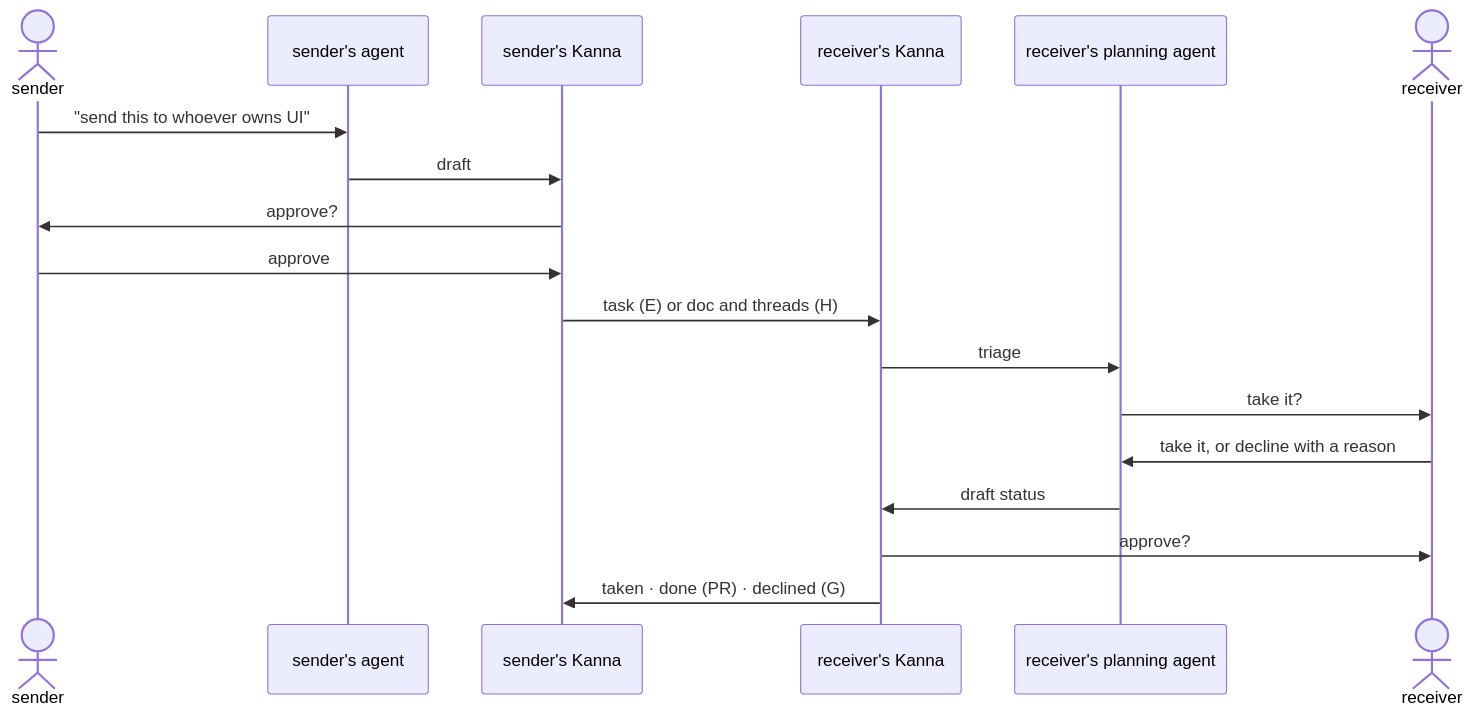
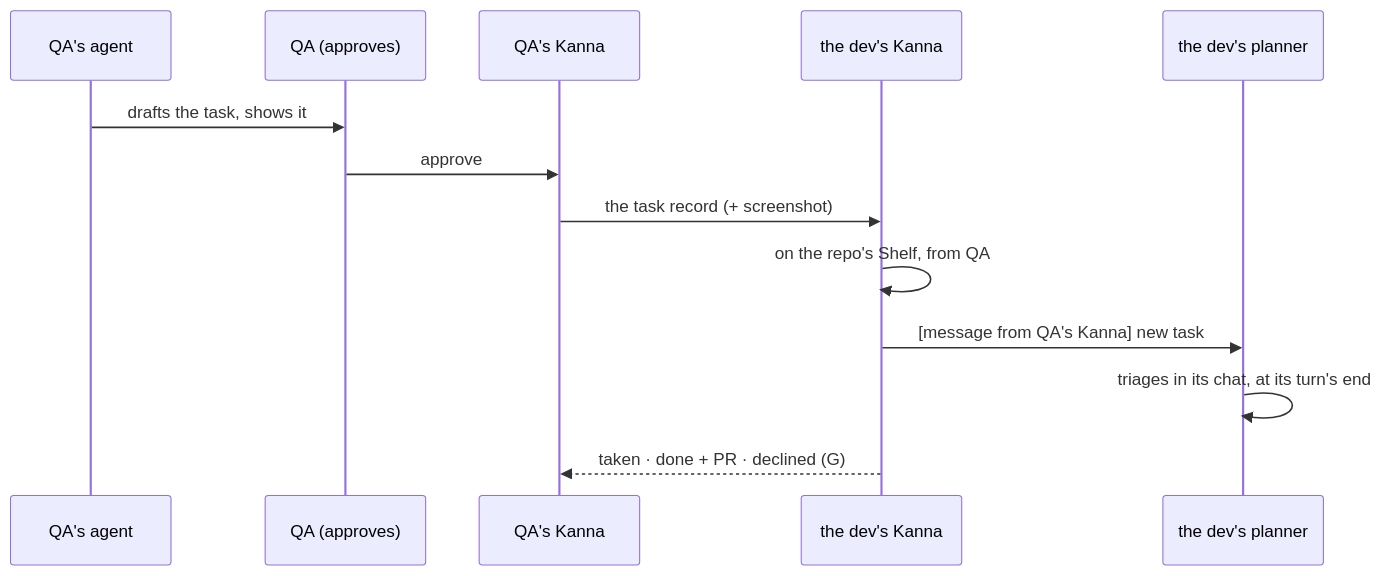
The third of 3 diagrams in docs/research/multi-machine-and-people.md (tampopogk/kanna), drawn with Mermaid before and after one commit. The commit also changed other lines of this file, not shown here.

````diff
--- a/docs/research/multi-machine-and-people.md
+++ b/docs/research/multi-machine-and-people.md
@@ -122,20 +103,15 @@
 ```mermaid
 sequenceDiagram
-    actor S as sender
-    participant SA as sender's agent
-    participant SK as sender's Kanna
-    participant RK as receiver's Kanna
-    participant RP as receiver's planning agent
-    actor R as receiver
-    S->>SA: "send this to whoever owns UI"
-    SA->>SK: draft
-    SK->>S: approve?
-    S->>SK: approve
-    SK->>RK: task (E) or doc and threads (H)
-    RK->>RP: triage
-    RP->>R: take it?
-    R->>RP: take it, or decline with a reason
-    RP->>RK: draft status
-    RK->>R: approve?
-    RK->>SK: taken · done (PR) · declined (G)
+    participant QA as QA's agent
+    participant Q as QA (approves)
+    participant K1 as QA's Kanna
+    participant K2 as the dev's Kanna
+    participant P as the dev's planner
+    QA->>Q: drafts the task, shows it
+    Q->>K1: approve
+    K1->>K2: the task record (+ screenshot)
+    K2->>K2: on the repo's Shelf, from QA
+    K2->>P: [message from QA's Kanna] new task
+    P->>P: triages in its chat, at its turn's end
+    K2-->>K1: taken · done + PR · declined (G)
 ```
````
